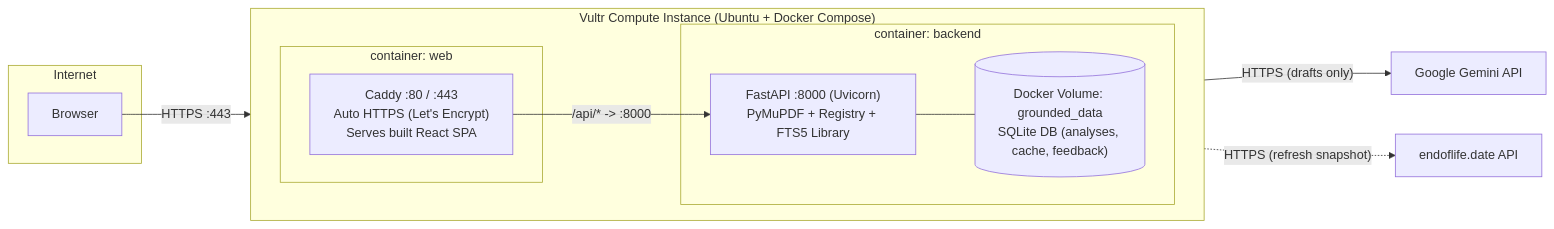
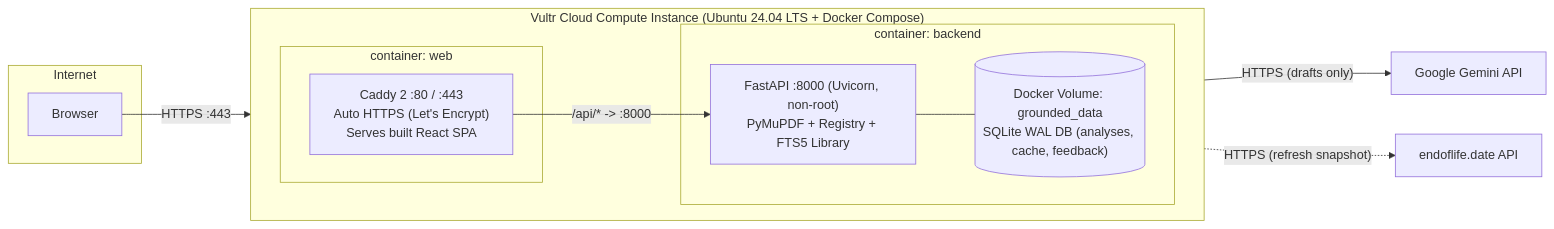
The fourth of 4 diagrams in docs/architecture.md (educ-jkescritor/GroundEd), drawn with Mermaid before and after one commit. The commit also changed other lines of this file and 7 other files, not shown here.

First line of the commit message:
docs: refresh README, architecture, API examples and user flows

````diff
--- a/docs/architecture.md
+++ b/docs/architecture.md
@@ -139,21 +139,21 @@
 ```mermaid
 flowchart LR
     subgraph Internet
       B["Browser"]
     end
-    subgraph V["Vultr Compute Instance (Ubuntu + Docker Compose)"]
+    subgraph V["Vultr Cloud Compute Instance (Ubuntu 24.04 LTS + Docker Compose)"]
       direction LR
       subgraph web["container: web"]
-        C["Caddy :80 / :443<br/>Auto HTTPS (Let's Encrypt)<br/>Serves built React SPA"]
+        C["Caddy 2 :80 / :443<br/>Auto HTTPS (Let's Encrypt)<br/>Serves built React SPA"]
       end
       subgraph be["container: backend"]
-        A["FastAPI :8000 (Uvicorn)<br/>PyMuPDF + Registry + FTS5 Library"]
-        S[("Docker Volume: grounded_data<br/>SQLite DB (analyses, cache, feedback)")]
+        A["FastAPI :8000 (Uvicorn, non-root)<br/>PyMuPDF + Registry + FTS5 Library"]
+        S[("Docker Volume: grounded_data<br/>SQLite WAL DB (analyses, cache, feedback)")]
         A --- S
       end
     end
     B -->|"HTTPS :443"| C
     C -->|"/api/* -> :8000"| A
     A -->|"HTTPS (drafts only)"| G["Google Gemini API"]
     A -.->|"HTTPS (refresh snapshot)"| E["endoflife.date API"]
 ```
````
